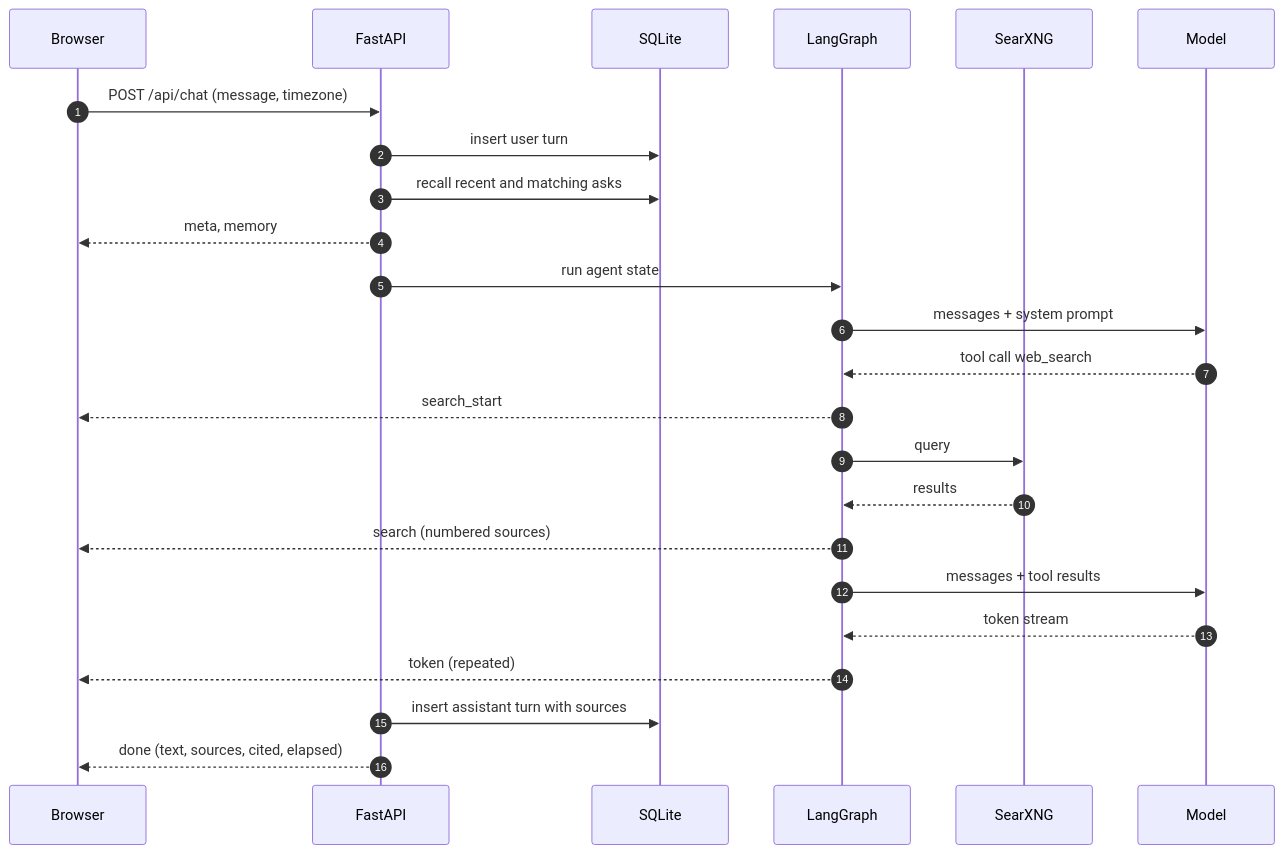
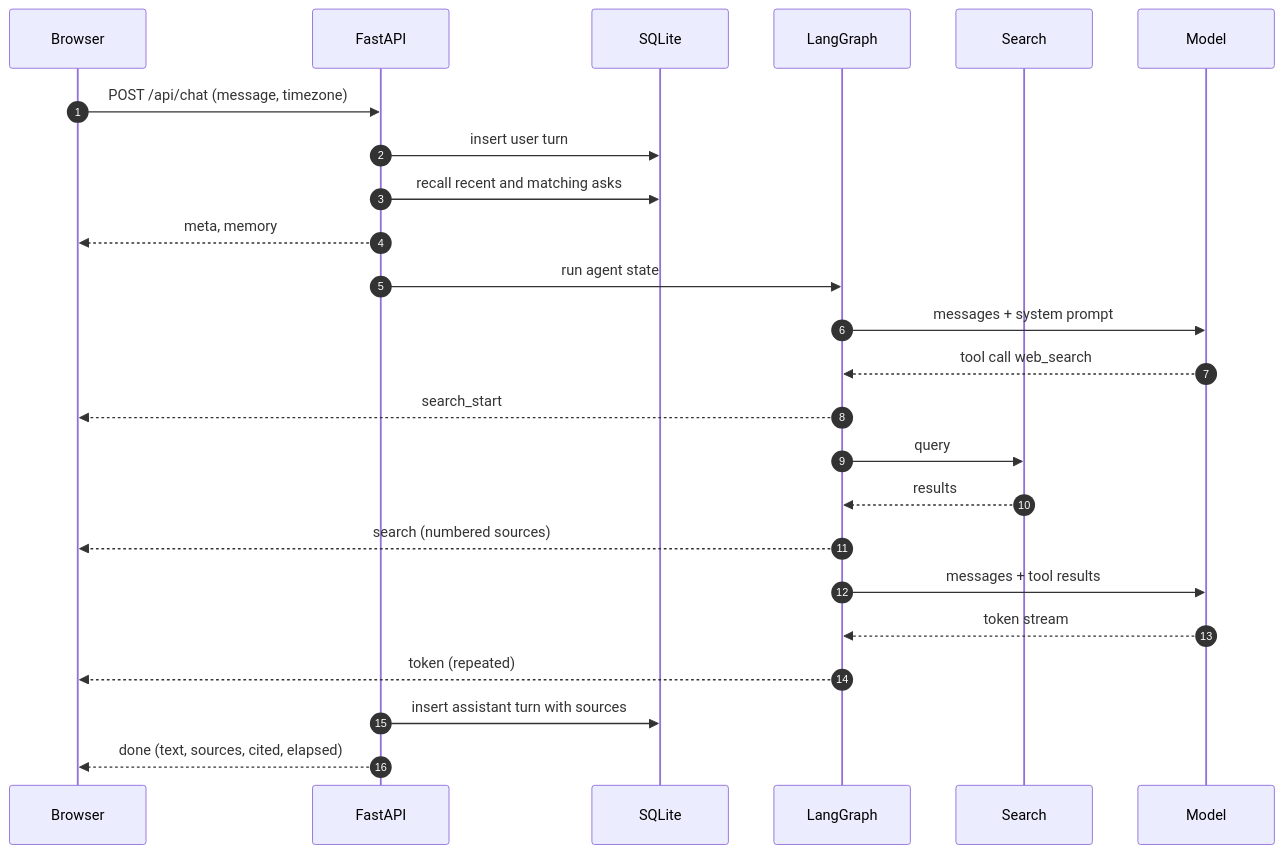
One commit to DeathSurfing/askline changed the diagram in README.md. Above: the diagram before and after it, drawn with Mermaid. The commit also changed other lines of this file, not shown here.

````diff
--- a/README.md
+++ b/README.md
@@ -39,27 +42,27 @@
 ```mermaid
 sequenceDiagram
     autonumber
     participant B as Browser
     participant A as FastAPI
     participant D as SQLite
     participant G as LangGraph
-    participant S as SearXNG
+    participant S as Search
     participant L as Model
 
     B->>A: POST /api/chat (message, timezone)
     A->>D: insert user turn
     A->>D: recall recent and matching asks
     A-->>B: meta, memory
     A->>G: run agent state
     G->>L: messages + system prompt
     L-->>G: tool call web_search
     G-->>B: search_start
     G->>S: query
     S-->>G: results
     G-->>B: search (numbered sources)
     G->>L: messages + tool results
     L-->>G: token stream
     G-->>B: token (repeated)
     A->>D: insert assistant turn with sources
     A-->>B: done (text, sources, cited, elapsed)
 ```
````
